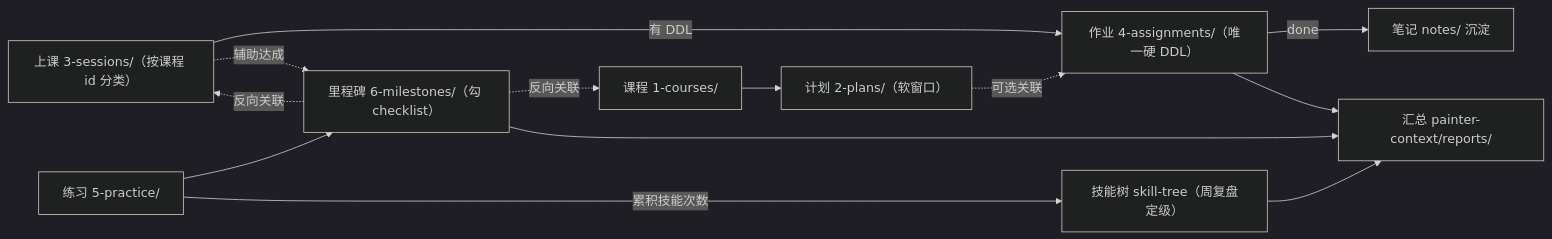
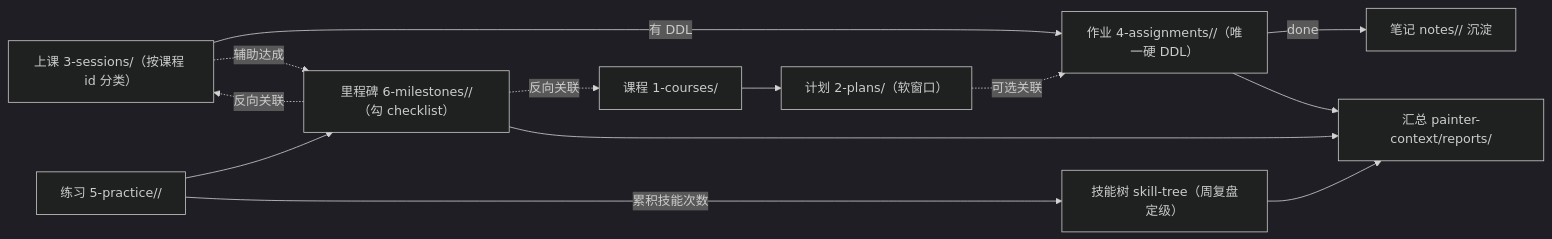
The diagram in painter-context/README.md (FelicityAmiao/painter-harness), drawn with Mermaid (dark theme) before and after one commit. The commit also changed other lines of this file and 26 other files, not shown here.

````diff
--- a/painter-context/README.md
+++ b/painter-context/README.md
@@ -21,15 +21,15 @@
 ```mermaid
 flowchart LR
   C["课程 1-courses/"] --> P["计划 2-plans/（软窗口）"]
-  P -. 可选关联 .-> A["作业 4-assignments/（唯一硬 DDL）"]
+  P -. 可选关联 .-> A["作业 4-assignments/<course-id>/（唯一硬 DDL）"]
   S["上课 3-sessions/（按课程 id 分类）"] -->|有 DDL| A
-  A -->|done| N["笔记 notes/ 沉淀"]
-  PR["练习 5-practice/"] --> M["里程碑 6-milestones/（勾 checklist）"]
+  A -->|done| N["笔记 notes/<course-id>/ 沉淀"]
+  PR["练习 5-practice/<course-id>/"] --> M["里程碑 6-milestones/<course-id>/（勾 checklist）"]
   S -. 辅助达成 .-> M
   M -. 反向关联 .-> S
   M -. 反向关联 .-> C
   PR -->|累积技能次数| SK["技能树 skill-tree（周复盘定级）"]
   A --> RO["汇总 painter-context/reports/"]
   M --> RO
   SK --> RO
 ```
````
